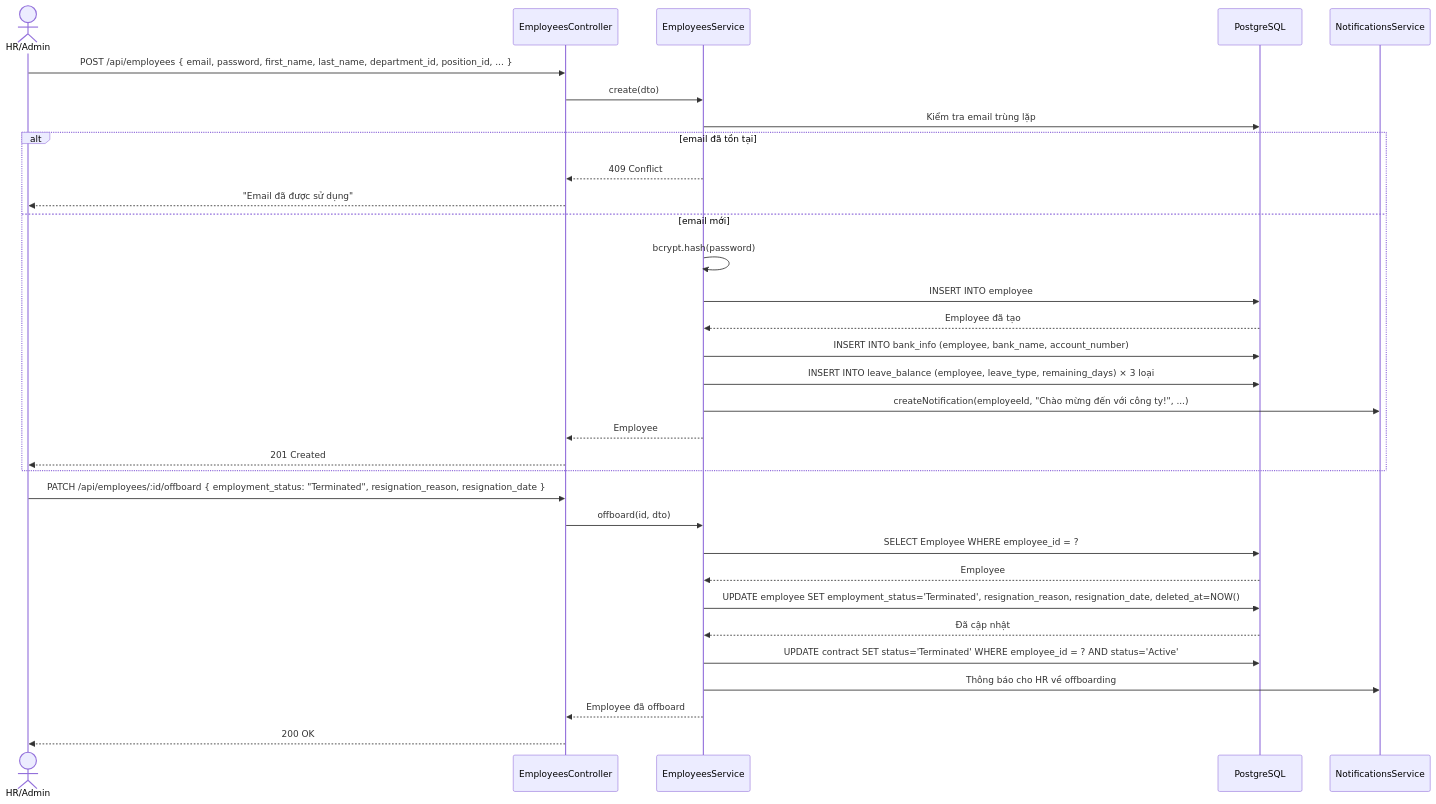
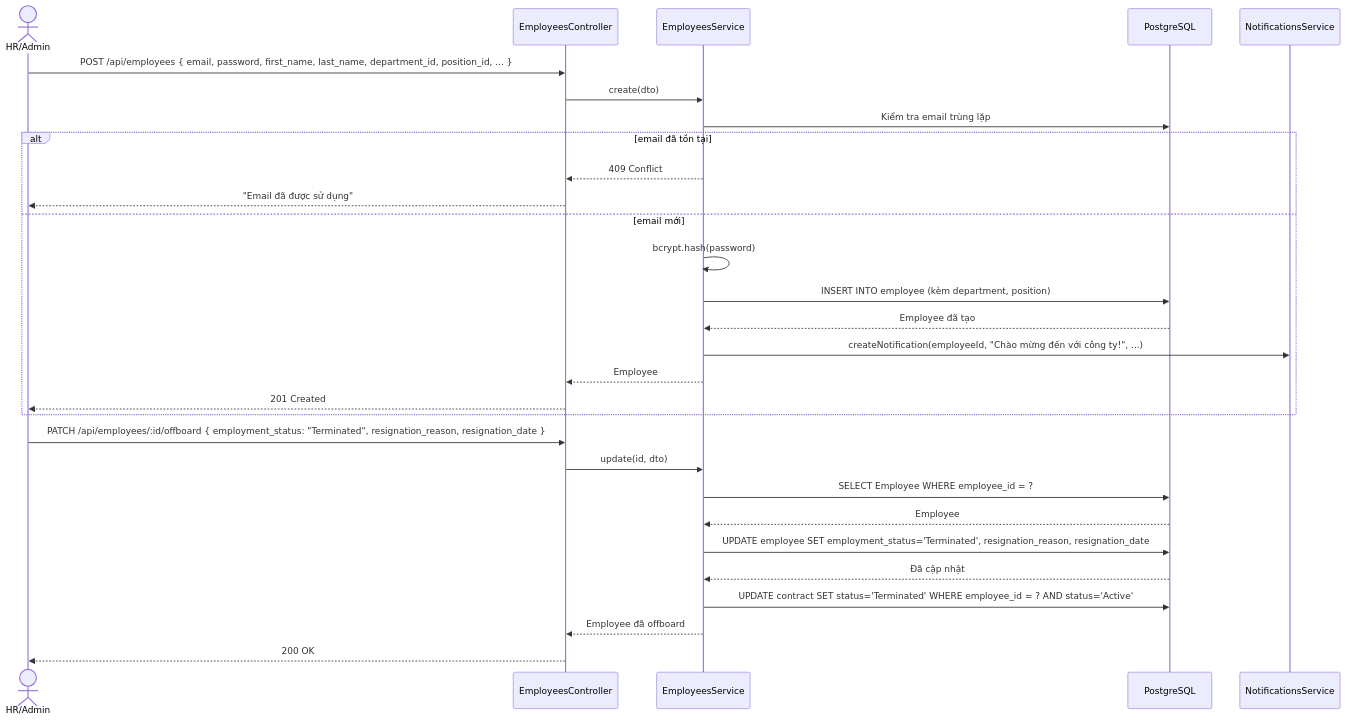
One commit to Luo-Zhii/HRM-Gene changed the ninth of 16 diagrams in docs/sequence-diagrams.md. Above: the diagram before and after it, drawn with Mermaid. The commit also changed other lines of this file and 2 other files, not shown here.

````diff
--- a/docs/sequence-diagrams.md
+++ b/docs/sequence-diagrams.md
@@ -419,38 +421,35 @@
 ```mermaid
 sequenceDiagram
     actor HR as HR/Admin
     participant EC as EmployeesController
     participant ES as EmployeesService
     participant DB as PostgreSQL
     participant NS as NotificationsService
 
     %% ── Onboarding (Tạo nhân viên) ──
     HR->>EC: POST /api/employees { email, password, first_name, last_name, department_id, position_id, ... }
     EC->>ES: create(dto)
     ES->>DB: Kiểm tra email trùng lặp
     alt email đã tồn tại
         ES-->>EC: 409 Conflict
         EC-->>HR: "Email đã được sử dụng"
     else email mới
         ES->>ES: bcrypt.hash(password)
-        ES->>DB: INSERT INTO employee
+        ES->>DB: INSERT INTO employee (kèm department, position)
         DB-->>ES: Employee đã tạo
-        ES->>DB: INSERT INTO bank_info (employee, bank_name, account_number)
-        ES->>DB: INSERT INTO leave_balance (employee, leave_type, remaining_days) × 3 loại
         ES->>NS: createNotification(employeeId, "Chào mừng đến với công ty!", ...)
         ES-->>EC: Employee
         EC-->>HR: 201 Created
     end
 
     %% ── Offboarding ──
     HR->>EC: PATCH /api/employees/:id/offboard { employment_status: "Terminated", resignation_reason, resignation_date }
-    EC->>ES: offboard(id, dto)
+    EC->>ES: update(id, dto)
     ES->>DB: SELECT Employee WHERE employee_id = ?
     DB-->>ES: Employee
-    ES->>DB: UPDATE employee SET employment_status='Terminated', resignation_reason, resignation_date, deleted_at=NOW()
+    ES->>DB: UPDATE employee SET employment_status='Terminated', resignation_reason, resignation_date
     DB-->>ES: Đã cập nhật
     ES->>DB: UPDATE contract SET status='Terminated' WHERE employee_id = ? AND status='Active'
-    ES->>NS: Thông báo cho HR về offboarding
     ES-->>EC: Employee đã offboard
     EC-->>HR: 200 OK
 ```
````
